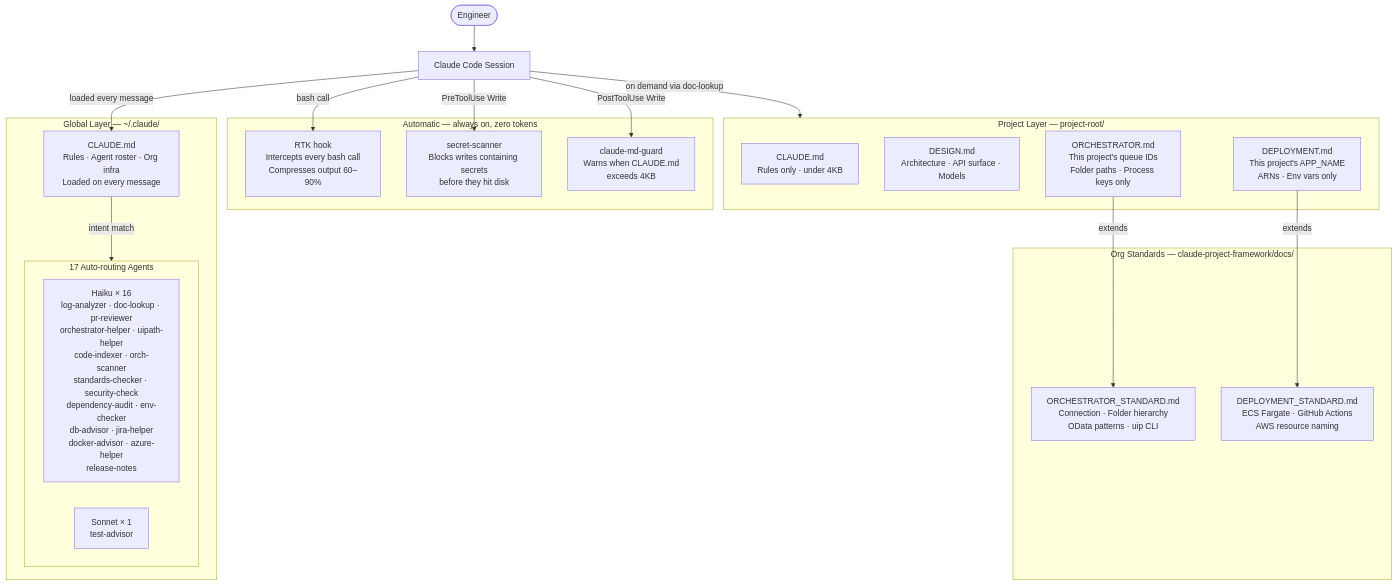
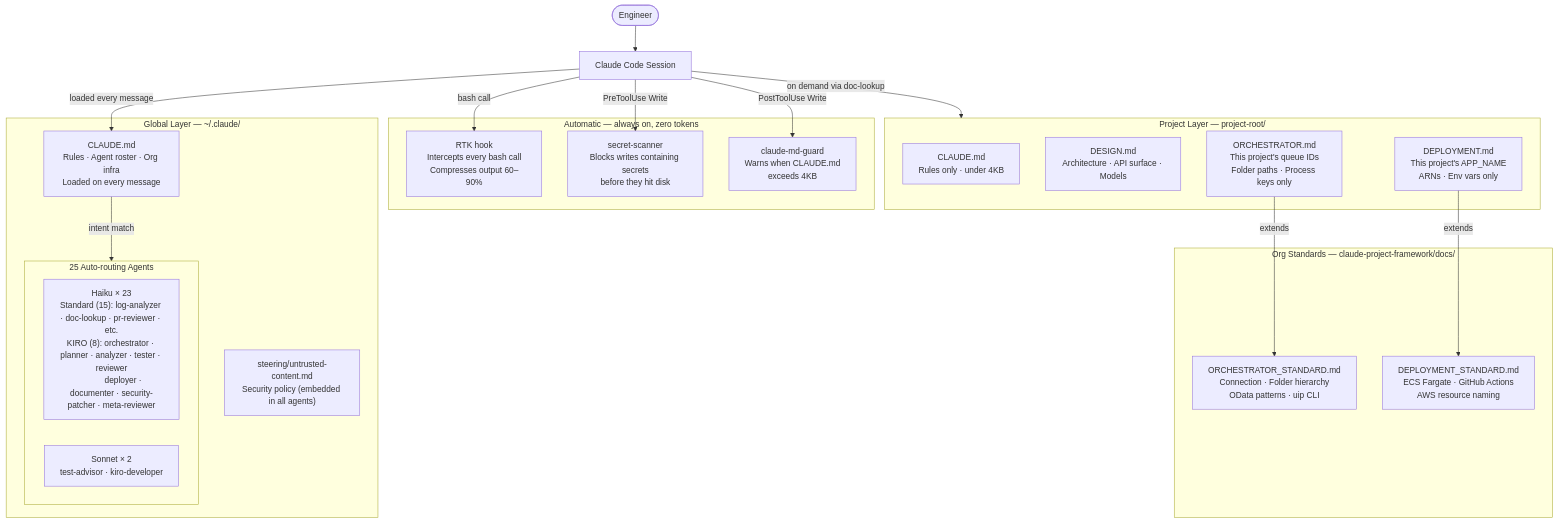
One commit to kakoritz/claude-project-framework changed the diagram in README.md. Above: the diagram before and after it, drawn with Mermaid. The commit also changed other lines of this file and 13 other files, not shown here.

````diff
--- a/README.md
+++ b/README.md
@@ -13,39 +13,40 @@
 ```mermaid
 flowchart TD
     U([Engineer]) --> CC[Claude Code Session]
 
     subgraph AUTO["Automatic — always on, zero tokens"]
         RTK["RTK hook\nIntercepts every bash call\nCompresses output 60–90%"]
         SS["secret-scanner\nBlocks writes containing secrets\nbefore they hit disk"]
         MG["claude-md-guard\nWarns when CLAUDE.md\nexceeds 4KB"]
     end
 
     subgraph GLOBAL["Global Layer — ~/.claude/"]
         GCM["CLAUDE.md\nRules · Agent roster · Org infra\nLoaded on every message"]
-        subgraph AGENTS["17 Auto-routing Agents"]
-            HA["Haiku × 16\nlog-analyzer · doc-lookup · pr-reviewer\norchestrator-helper · uipath-helper\ncode-indexer · orch-scanner\nstandards-checker · security-check\ndependency-audit · env-checker\ndb-advisor · jira-helper\ndocker-advisor · azure-helper\nrelease-notes"]
-            SA["Sonnet × 1\ntest-advisor"]
+        STEER["steering/untrusted-content.md\nSecurity policy (embedded in all agents)"]
+        subgraph AGENTS["25 Auto-routing Agents"]
+            HA["Haiku × 23\nStandard (15): log-analyzer · doc-lookup · pr-reviewer · etc.\nKIRO (8): orchestrator · planner · analyzer · tester · reviewer\n           deployer · documenter · security-patcher · meta-reviewer"]
+            SA["Sonnet × 2\ntest-advisor · kiro-developer"]
         end
     end
 
     subgraph STANDARDS["Org Standards — claude-project-framework/docs/"]
         OS["ORCHESTRATOR_STANDARD.md\nConnection · Folder hierarchy\nOData patterns · uip CLI"]
         DS["DEPLOYMENT_STANDARD.md\nECS Fargate · GitHub Actions\nAWS resource naming"]
     end
 
     subgraph PROJECT["Project Layer — project-root/"]
         PCM["CLAUDE.md\nRules only · under 4KB"]
         DES["DESIGN.md\nArchitecture · API surface · Models"]
         ORC["ORCHESTRATOR.md\nThis project's queue IDs\nFolder paths · Process keys only"]
         DEP["DEPLOYMENT.md\nThis project's APP_NAME\nARNs · Env vars only"]
     end
 
     CC -->|"bash call"| RTK
     CC -->|"PreToolUse Write"| SS
     CC -->|"PostToolUse Write"| MG
     CC -->|"loaded every message"| GCM
     GCM -->|"intent match"| AGENTS
     CC -->|"on demand via doc-lookup"| PROJECT
     ORC -->|"extends"| OS
     DEP -->|"extends"| DS
 ```
````
